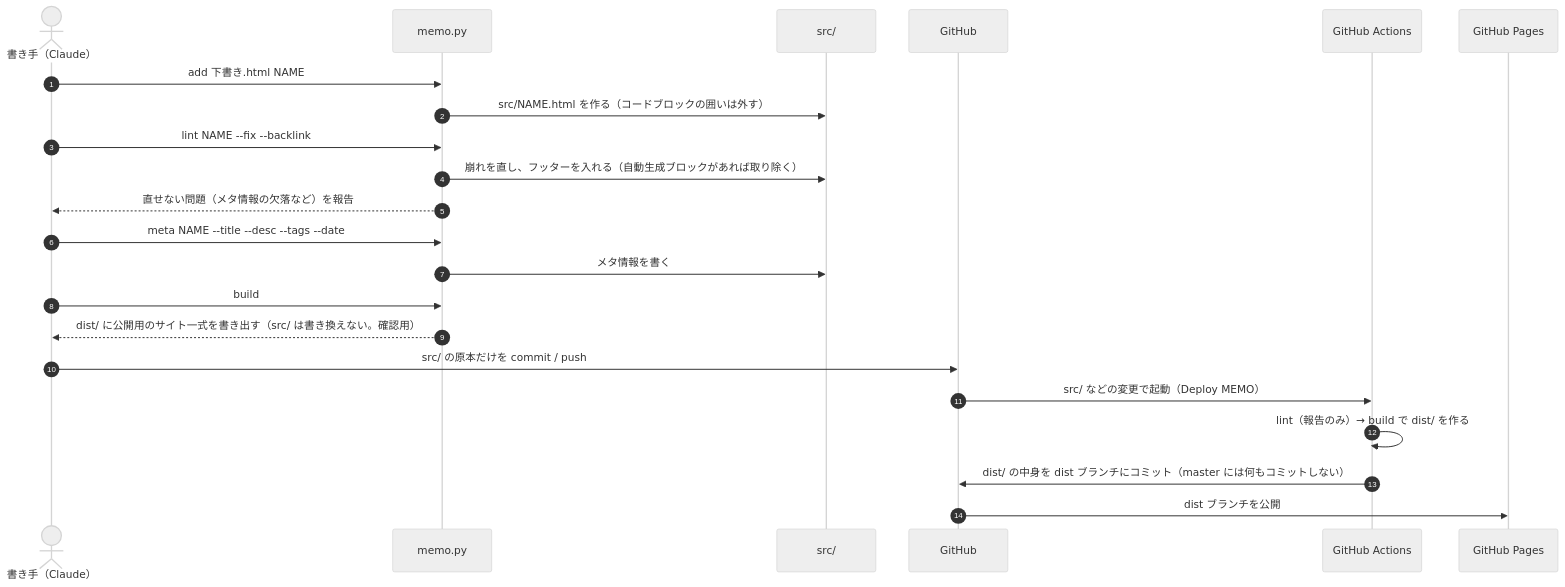
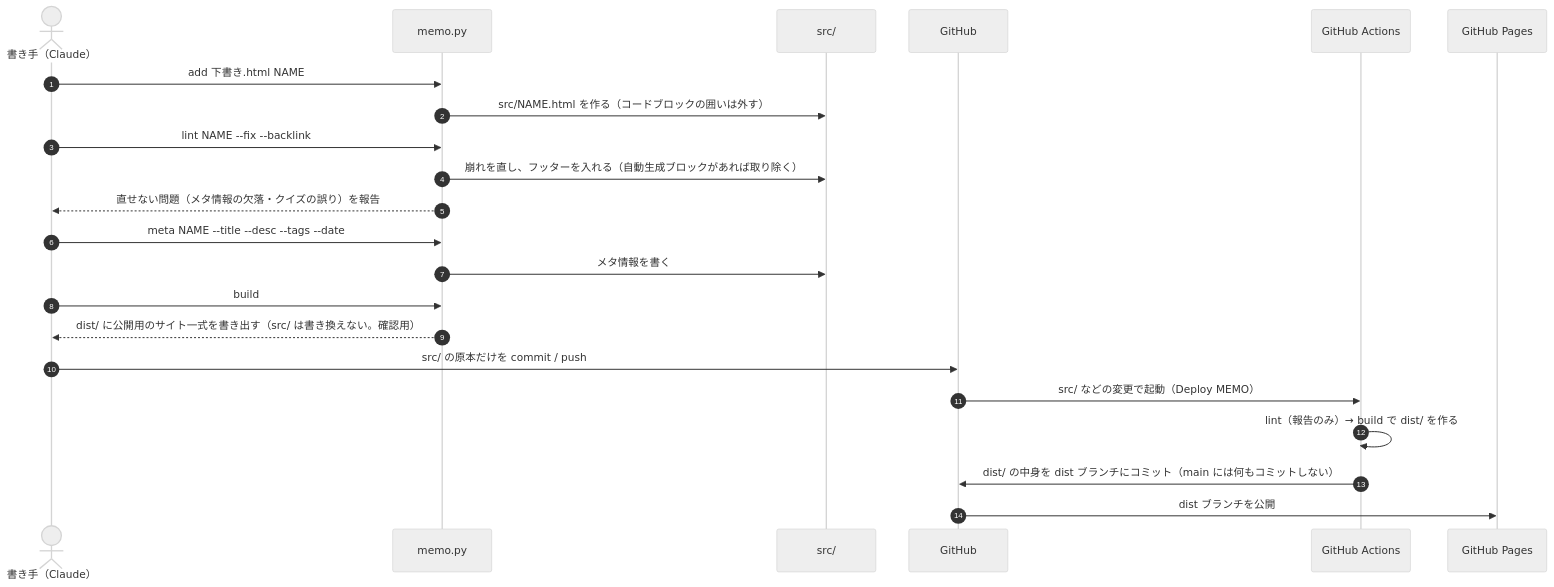
Before and after one commit to taka1156/back-of-the-flyer: the third of 10 diagrams in memo-detail.md, drawn with Mermaid (neutral theme). The commit also changed other lines of this file and 27 other files, not shown here.

````diff
--- a/memo-detail.md
+++ b/memo-detail.md
@@ -142,25 +160,25 @@
 ```mermaid
 sequenceDiagram
   autonumber
   actor U as 書き手（Claude）
   participant P as memo.py
   participant D as src/
   participant G as GitHub
   participant A as GitHub Actions
   participant S as GitHub Pages
 
   U->>P: add 下書き.html NAME
   P->>D: src/NAME.html を作る（コードブロックの囲いは外す）
   U->>P: lint NAME --fix --backlink
   P->>D: 崩れを直し、フッターを入れる（自動生成ブロックがあれば取り除く）
-  P-->>U: 直せない問題（メタ情報の欠落など）を報告
+  P-->>U: 直せない問題（メタ情報の欠落・クイズの誤り）を報告
   U->>P: meta NAME --title --desc --tags --date
   P->>D: メタ情報を書く
   U->>P: build
   P-->>U: dist/ に公開用のサイト一式を書き出す（src/ は書き換えない。確認用）
   U->>G: src/ の原本だけを commit / push
   G->>A: src/ などの変更で起動（Deploy MEMO）
   A->>A: lint（報告のみ）→ build で dist/ を作る
-  A->>G: dist/ の中身を dist ブランチにコミット（master には何もコミットしない）
+  A->>G: dist/ の中身を dist ブランチにコミット（main には何もコミットしない）
   G->>S: dist ブランチを公開
 ```
````
